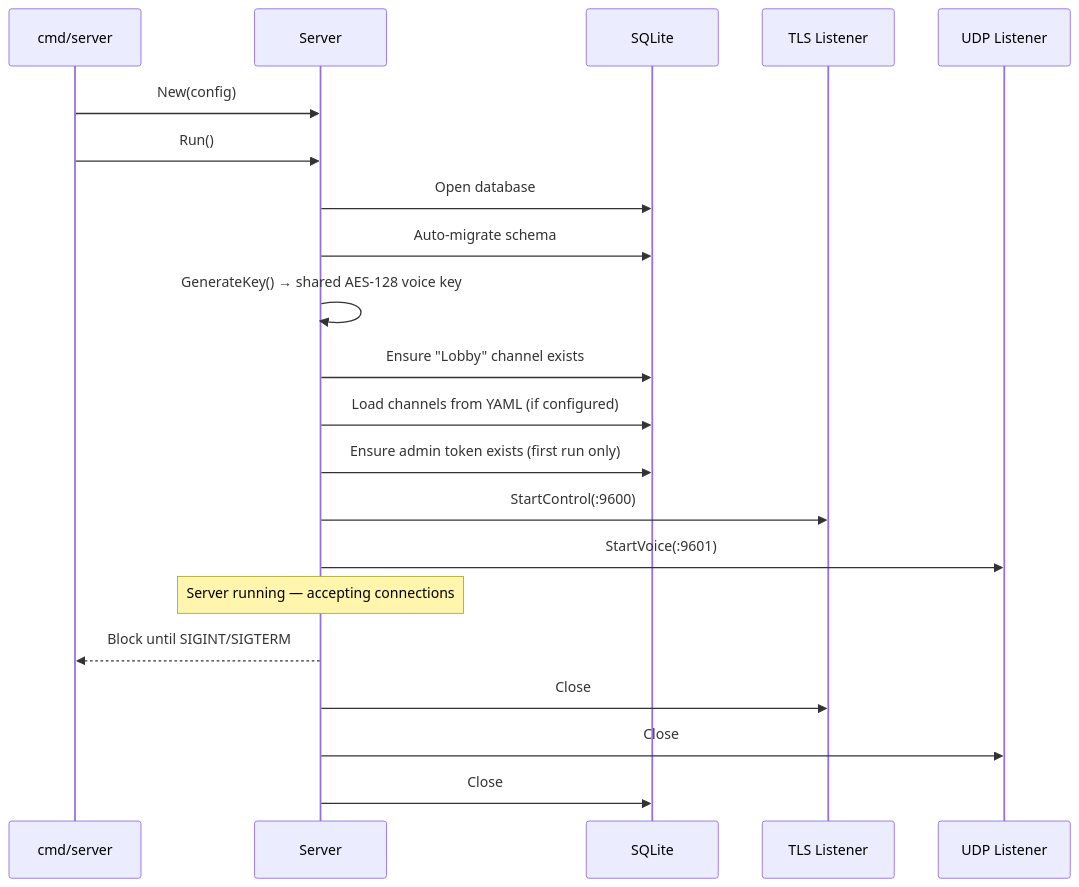
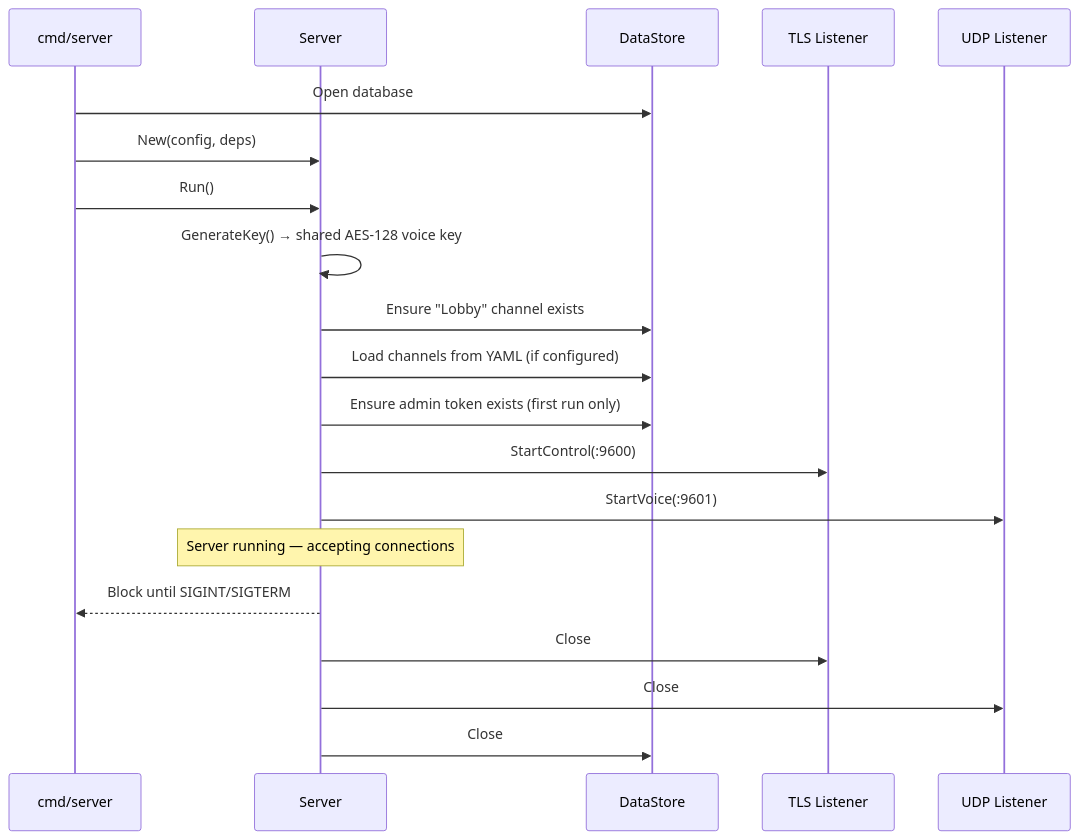
The third of 5 diagrams in docs/architecture.md (DLzer/gospeak), drawn with Mermaid before and after one commit. The commit also changed other lines of this file and 8 other files, not shown here.

````diff
--- a/docs/architecture.md
+++ b/docs/architecture.md
@@ -101,24 +103,23 @@
 ```mermaid
 sequenceDiagram
     participant Main as cmd/server
     participant Srv as Server
-    participant Store as SQLite
+    participant Store as DataStore
     participant TLS as TLS Listener
     participant UDP as UDP Listener
 
-    Main->>Srv: New(config)
+    Main->>Store: Open database
+    Main->>Srv: New(config, deps)
     Main->>Srv: Run()
-    Srv->>Store: Open database
-    Srv->>Store: Auto-migrate schema
     Srv->>Srv: GenerateKey() → shared AES-128 voice key
     Srv->>Store: Ensure "Lobby" channel exists
     Srv->>Store: Load channels from YAML (if configured)
     Srv->>Store: Ensure admin token exists (first run only)
     Srv->>TLS: StartControl(:9600)
     Srv->>UDP: StartVoice(:9601)
     Note over Srv: Server running — accepting connections
     Srv-->>Main: Block until SIGINT/SIGTERM
     Srv->>TLS: Close
     Srv->>UDP: Close
     Srv->>Store: Close
 ```
````
